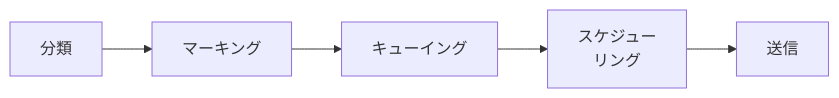
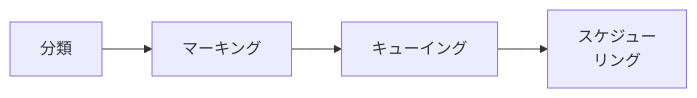
Before and after one commit to nnnaanaa/document: the second of 2 diagrams in network/protocol/tcp-qos.md, drawn with Mermaid. The commit also changed 3 other files, not shown here.

Commit message:
新しい暗記シート4本の図の横幅を詰める

````diff
--- a/network/protocol/tcp-qos.md
+++ b/network/protocol/tcp-qos.md
@@ -129,7 +129,6 @@
 ```mermaid
 flowchart LR
   A["分類"] --> B["マーキング"]
   B --> C["キューイング"]
   C --> D["スケジュー<br>リング"]
-  D --> E["送信"]
 ```
````
